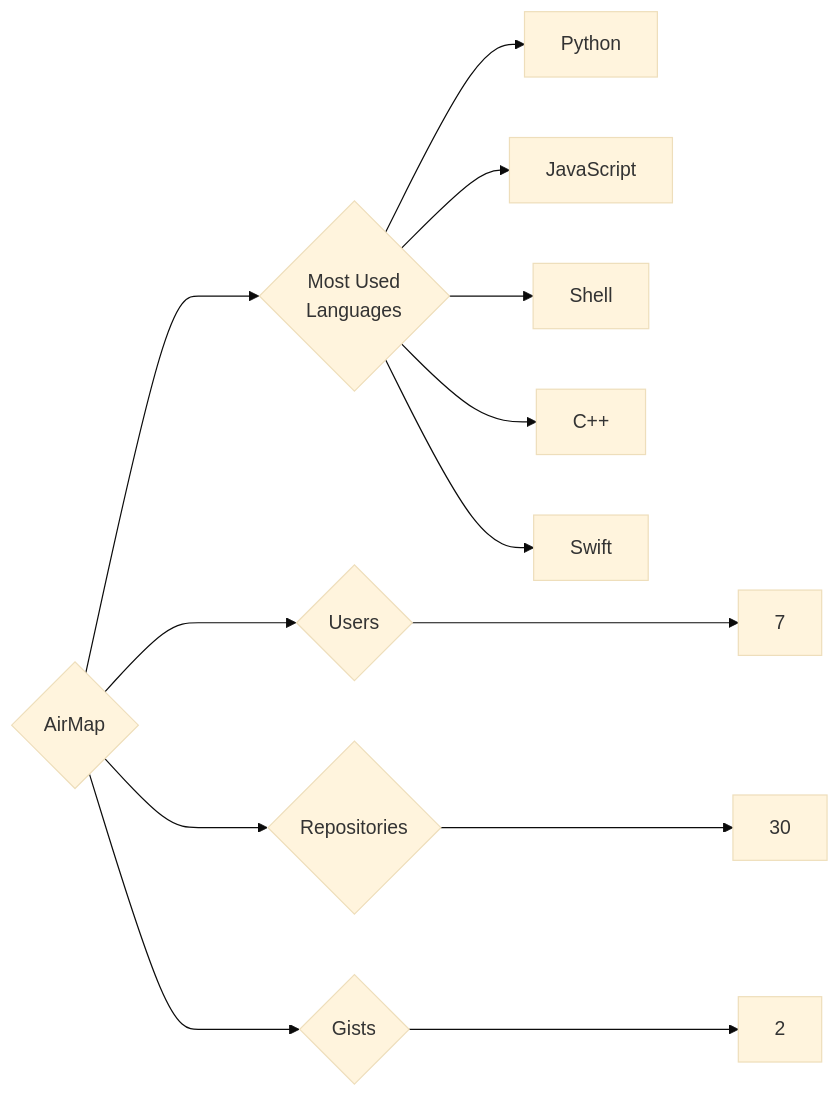
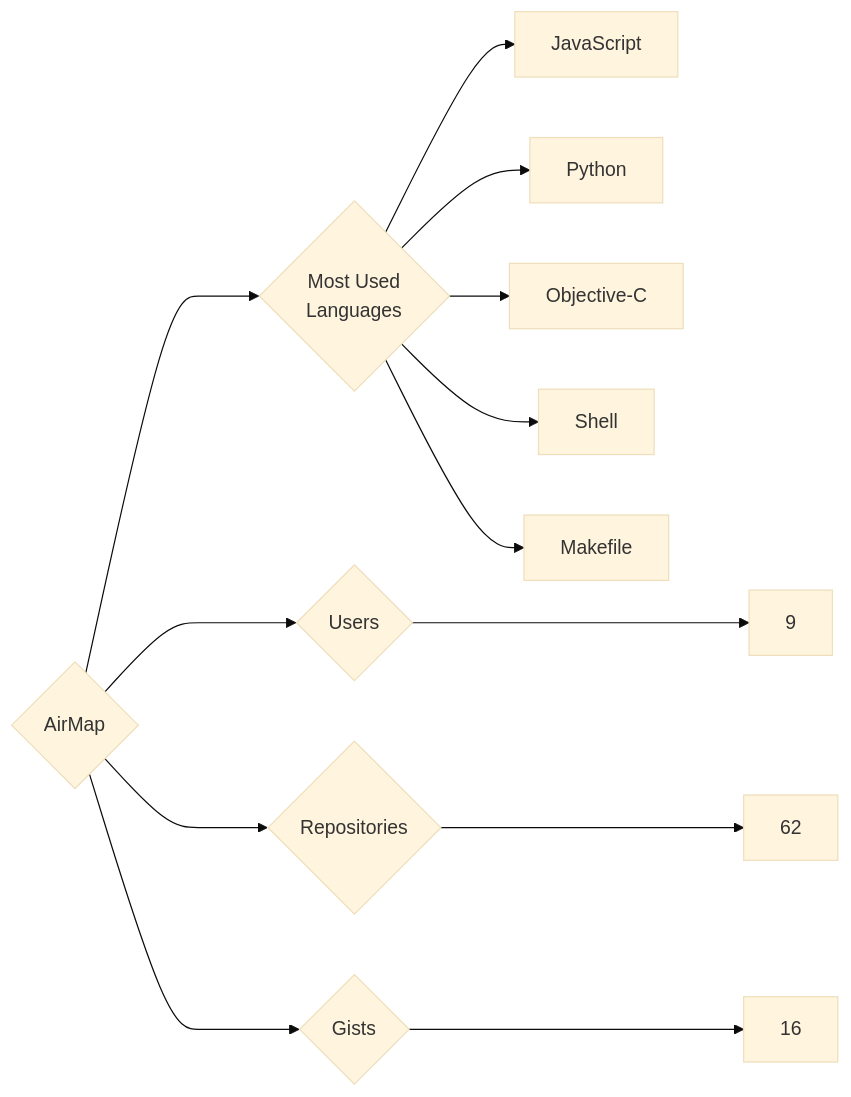
Before and after one commit to trickest/insiders: the diagram in targets/AirMap/README.md, drawn with Mermaid (base theme). The commit also changed 1055 other files, not shown here.

````diff
--- a/targets/AirMap/README.md
+++ b/targets/AirMap/README.md
@@ -3,13 +3,13 @@
 ```mermaid
 graph LR
 COMPANY_NAME{AirMap}
-COMPANY_NAME ---> U{Users} ---> UN[7]
-COMPANY_NAME ---> R{Repositories} ---> RN[30]
-COMPANY_NAME ---> G{Gists} ---> GN[2]
+COMPANY_NAME ---> U{Users} ---> UN[9]
+COMPANY_NAME ---> R{Repositories} ---> RN[62]
+COMPANY_NAME ---> G{Gists} ---> GN[16]
 COMPANY_NAME ---> ML{Most Used<br>Languages}
+ML --> JavaScript[JavaScript]
 ML --> Python[Python]
-ML --> JavaScript[JavaScript]
+ML --> Objective-C[Objective-C]
 ML --> Shell[Shell]
-ML --> C++[C++]
-ML --> Swift[Swift]
+ML --> Makefile[Makefile]
 ```
````
